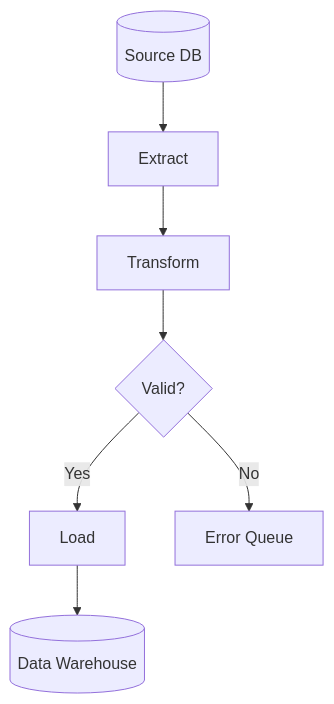
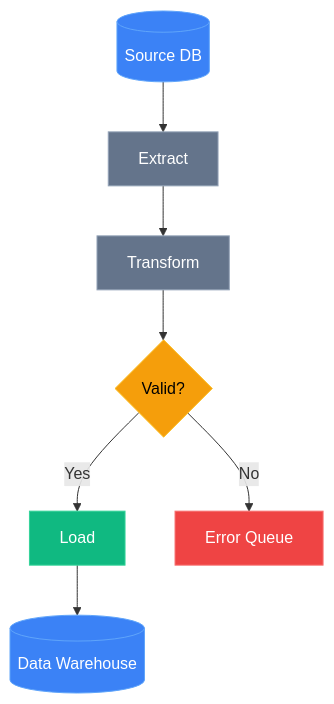
Before and after one commit to Epsilondelta-ai/flowbook: the diagram in examples/data/etl-pipeline.flow.md, drawn with Mermaid. The commit also changed 6 other files, not shown here.

Commit message:
feat: flow-group coloring in SKILL.md and examples — LLM colors by logical flow group instead of node shape

````diff
--- a/examples/data/etl-pipeline.flow.md
+++ b/examples/data/etl-pipeline.flow.md
@@ -9,9 +9,21 @@
 ```mermaid
 flowchart TD
     A[(Source DB)] --> B[Extract]
     B --> C[Transform]
     C --> D{Valid?}
     D -->|Yes| E[Load]
     D -->|No| F[Error Queue]
     E --> G[(Data Warehouse)]
+
+    classDef data fill:#3b82f6,stroke:#60a5fa,color:#fff
+    classDef processing fill:#64748b,stroke:#94a3b8,color:#fff
+    classDef validation fill:#f59e0b,stroke:#fbbf24,color:#000
+    classDef success fill:#10b981,stroke:#34d399,color:#fff
+    classDef error fill:#ef4444,stroke:#f87171,color:#fff
+
+    class A,G data
+    class B,C processing
+    class D validation
+    class E success
+    class F error
 ```
````
